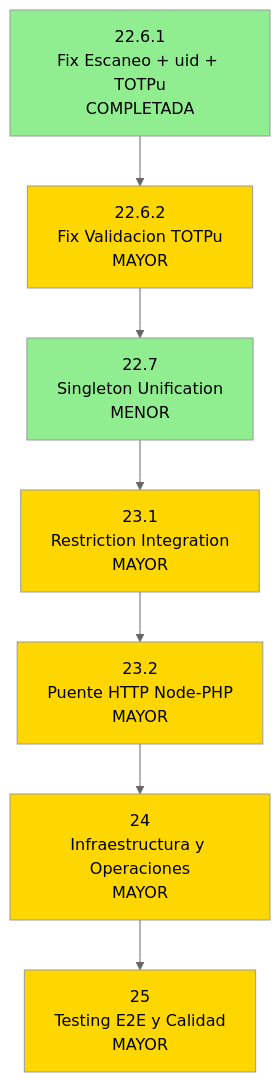
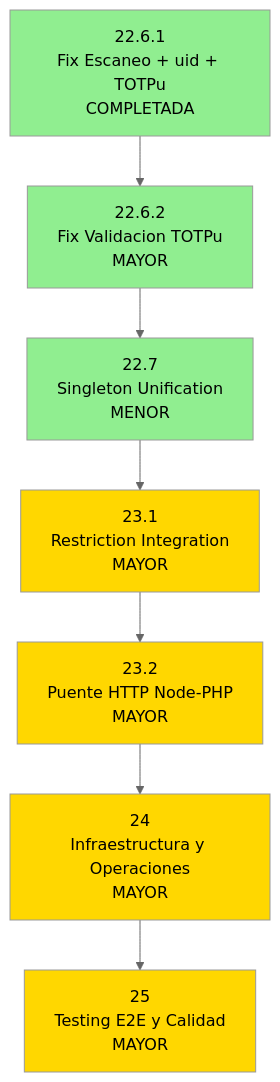
One commit to Ragnarsss/capstone-backend changed the diagram in ROADMAP.md. Above: the diagram before and after it, drawn with Mermaid (neutral theme). The commit also changed other lines of this file, not shown here.

First line of the commit message:
docs(roadmap): marcar fase 22.6.2 COMPLETADA, identificar 22.6.3

````diff
--- a/ROADMAP.md
+++ b/ROADMAP.md
@@ -56,25 +56,25 @@
 ```mermaid
 flowchart TB
     P0[22.6.1<br/>Fix Escaneo + uid + TOTPu<br/>COMPLETADA]
     P1[22.6.2<br/>Fix Validacion TOTPu<br/>MAYOR]
     P2[22.7<br/>Singleton Unification<br/>MENOR]
     P3[23.1<br/>Restriction Integration<br/>MAYOR]
     P4[23.2<br/>Puente HTTP Node-PHP<br/>MAYOR]
     P5[24<br/>Infraestructura y Operaciones<br/>MAYOR]
     P6[25<br/>Testing E2E y Calidad<br/>MAYOR]
     
     P0 --> P1
     P1 --> P2
     P2 --> P3
     P3 --> P4
     P4 --> P5
     P5 --> P6
 
     style P0 fill:#90EE90
-    style P1 fill:#FFD700
+    style P1 fill:#90EE90
     style P2 fill:#90EE90
     style P3 fill:#FFD700
     style P4 fill:#FFD700
     style P5 fill:#FFD700
     style P6 fill:#FFD700
 ```
````
